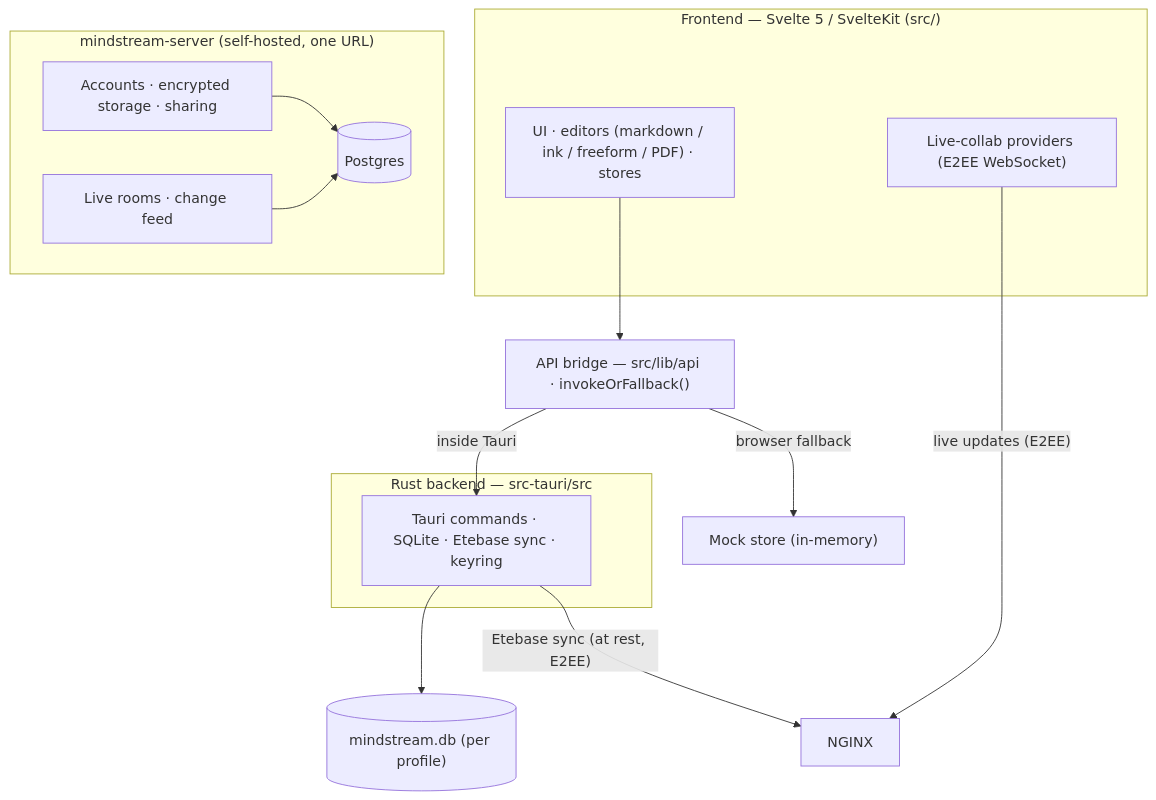
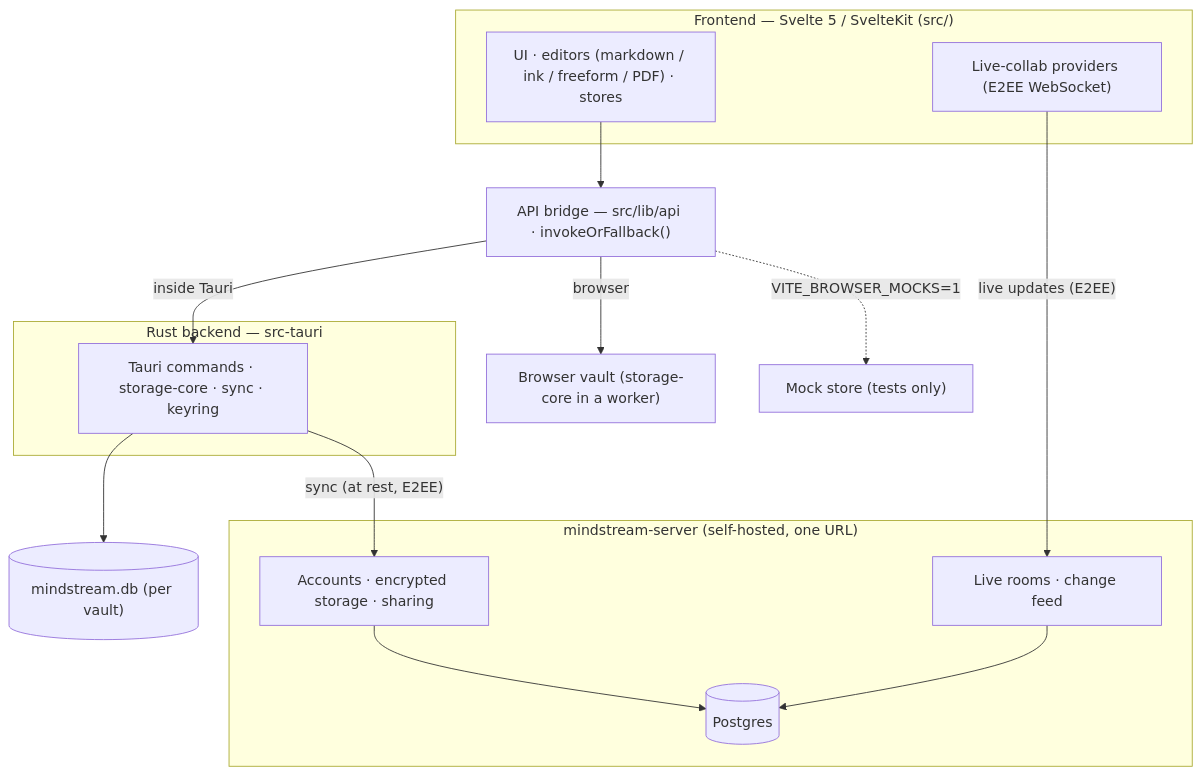
One commit to jannikgohr/mindstream-notes changed the diagram in docs/internal/architecture.md. Above: the diagram before and after it, drawn with Mermaid. The commit also changed other lines of this file and 52 other files, not shown here.

````diff
--- a/docs/internal/architecture.md
+++ b/docs/internal/architecture.md
@@ -40,31 +42,33 @@
 ```mermaid
 flowchart TB
     subgraph FE["Frontend — Svelte 5 / SvelteKit (src/)"]
         UI["UI · editors (markdown / ink / freeform / PDF) · stores"]
         CP["Live-collab providers (E2EE WebSocket)"]
     end
 
     Bridge["API bridge — src/lib/api · invokeOrFallback()"]
-    Mock["Mock store (in-memory)"]
+    Wasm["Browser vault (storage-core in a worker)"]
+    Mock["Mock store (tests only)"]
 
-    subgraph BE["Rust backend — src-tauri/src"]
-        Rust["Tauri commands · SQLite · Etebase sync · keyring"]
+    subgraph BE["Rust backend — src-tauri"]
+        Rust["Tauri commands · storage-core · sync · keyring"]
     end
 
-    DB[("mindstream.db (per profile)")]
+    DB[("mindstream.db (per vault)")]
 
     subgraph SRV["mindstream-server (self-hosted, one URL)"]
         API["Accounts · encrypted storage · sharing"]
         Rooms["Live rooms · change feed"]
         PG[("Postgres")]
         API --> PG
         Rooms --> PG
     end
 
     UI --> Bridge
     Bridge -->|inside Tauri| Rust
-    Bridge -->|browser fallback| Mock
+    Bridge -->|browser| Wasm
+    Bridge -.->|"VITE_BROWSER_MOCKS=1"| Mock
     Rust --> DB
-    Rust -->|"Etebase sync (at rest, E2EE)"| NGINX
-    CP -->|"live updates (E2EE)"| NGINX
+    Rust -->|"sync (at rest, E2EE)"| API
+    CP -->|"live updates (E2EE)"| Rooms
 ```
````
